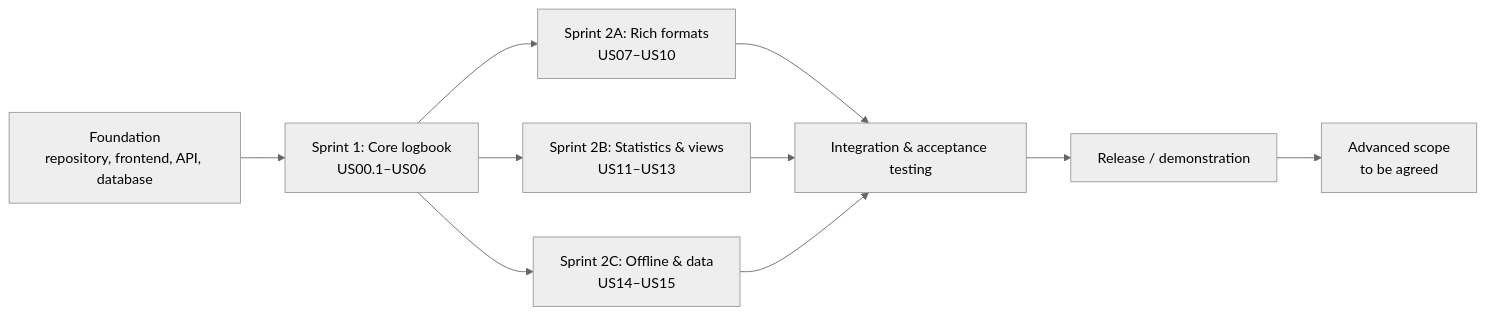
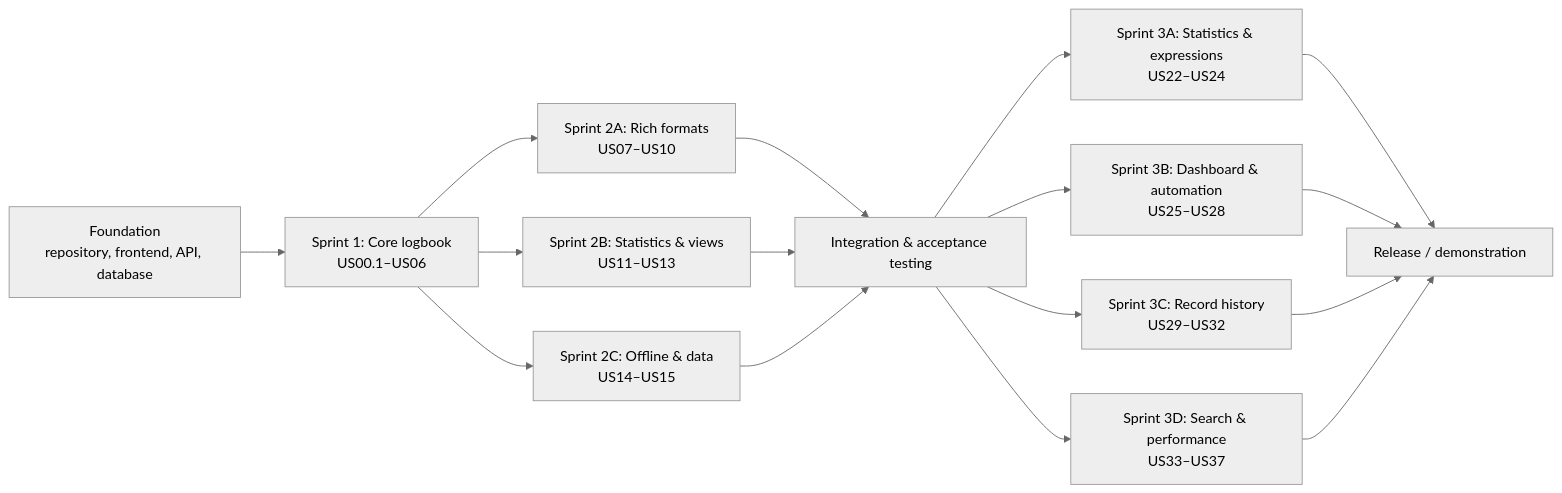
Before and after one commit to DiMpho-20/coms3011a-logbook-digital-logbook: the first of 2 diagrams in docs/design/roadmap.md, drawn with Mermaid (neutral theme). The commit also changed other lines of this file and 2 other files, not shown here.

First line of the commit message:
docs: add Sprint 3 to the development plan and roadmap

````diff
--- a/docs/design/roadmap.md
+++ b/docs/design/roadmap.md
@@ -17,12 +19,18 @@
 ```mermaid
 flowchart LR
     F["Foundation<br/>repository, frontend, API, database"] --> S1["Sprint 1: Core logbook<br/>US00.1–US06"]
     S1 --> P1["Sprint 2A: Rich formats<br/>US07–US10"]
     S1 --> P2["Sprint 2B: Statistics & views<br/>US11–US13"]
     S1 --> P3["Sprint 2C: Offline & data<br/>US14–US15"]
     P1 --> I["Integration & acceptance testing"]
     P2 --> I
     P3 --> I
-    I --> R["Release / demonstration"]
-    R --> A["Advanced scope<br/>to be agreed"]
+    I --> A1["Sprint 3A: Statistics & expressions<br/>US22–US24"]
+    I --> A2["Sprint 3B: Dashboard & automation<br/>US25–US28"]
+    I --> A3["Sprint 3C: Record history<br/>US29–US32"]
+    I --> A4["Sprint 3D: Search & performance<br/>US33–US37"]
+    A1 --> R["Release / demonstration"]
+    A2 --> R
+    A3 --> R
+    A4 --> R
 ```
````
